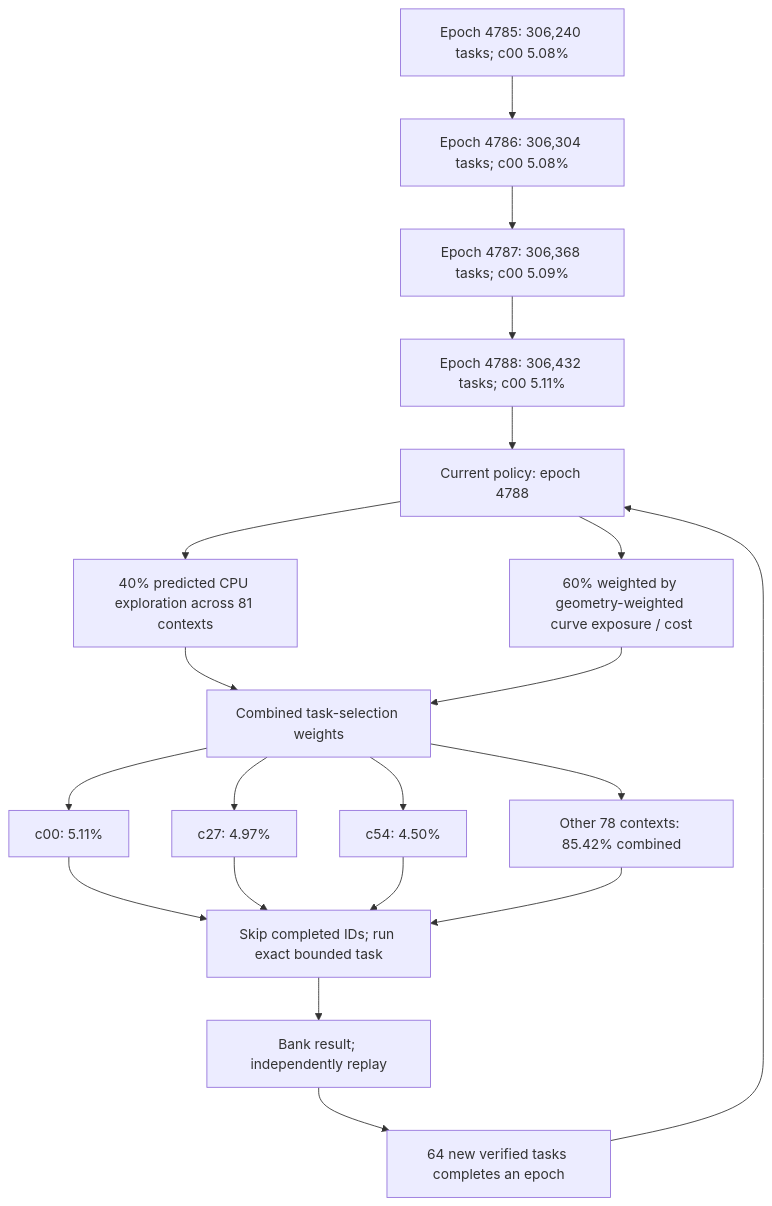
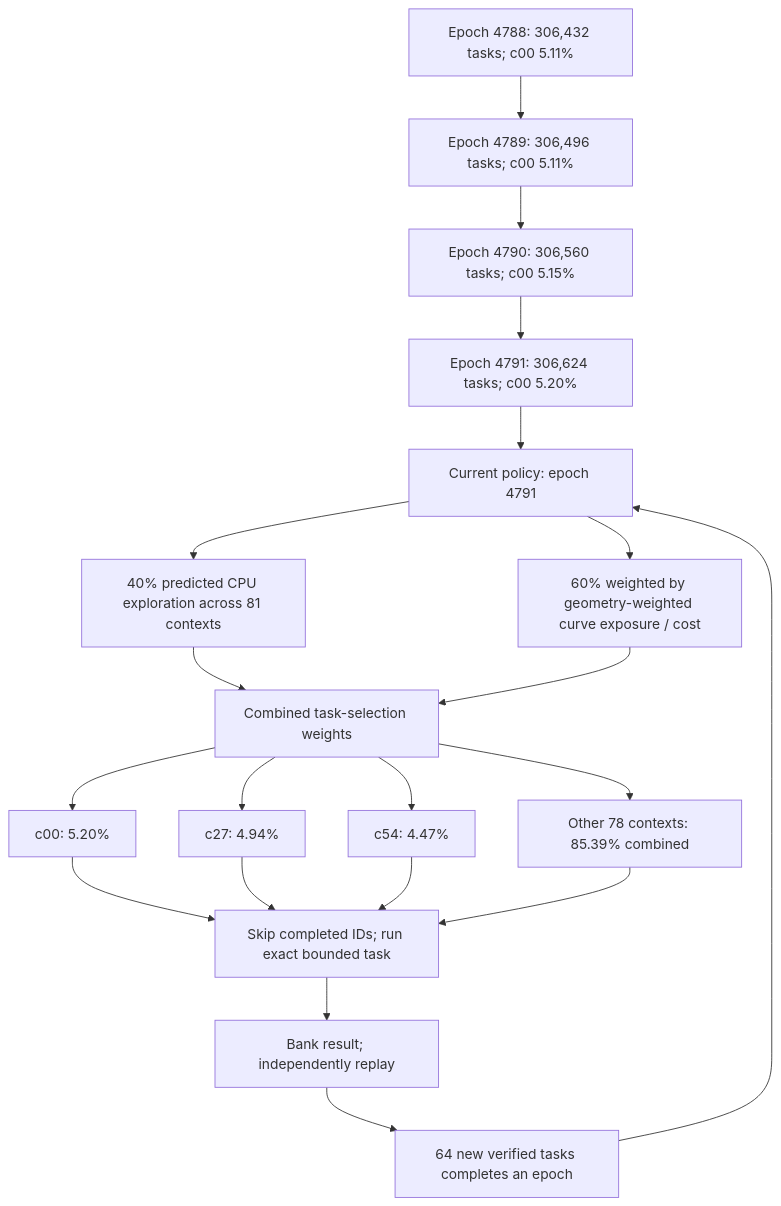
One commit to Kuberwastaken/math-gambling changed the first of 3 diagrams in README.md. Above: the diagram before and after it, drawn with Mermaid. The commit also changed other lines of this file and 408 other files, not shown here.

````diff
--- a/README.md
+++ b/README.md
@@ -60,27 +60,27 @@
 ```mermaid
 flowchart TD
-    H0["Epoch 4785: 306,240 tasks; c00 5.08%"]
-    H1["Epoch 4786: 306,304 tasks; c00 5.08%"]
+    H0["Epoch 4788: 306,432 tasks; c00 5.11%"]
+    H1["Epoch 4789: 306,496 tasks; c00 5.11%"]
     H0 --> H1
-    H2["Epoch 4787: 306,368 tasks; c00 5.09%"]
+    H2["Epoch 4790: 306,560 tasks; c00 5.15%"]
     H1 --> H2
-    H3["Epoch 4788: 306,432 tasks; c00 5.11%"]
+    H3["Epoch 4791: 306,624 tasks; c00 5.20%"]
     H2 --> H3
-    Policy["Current policy: epoch 4788"]
+    Policy["Current policy: epoch 4791"]
     H3 --> Policy
     Policy --> Explore["40% predicted CPU exploration across 81 contexts"]
     Policy --> Cost["60% weighted by geometry-weighted curve exposure / cost"]
     Explore --> Mix["Combined task-selection weights"]
     Cost --> Mix
-    Mix --> C0["c00: 5.11%"]
-    Mix --> C1["c27: 4.97%"]
-    Mix --> C2["c54: 4.50%"]
-    Mix --> Rest["Other 78 contexts: 85.42% combined"]
+    Mix --> C0["c00: 5.20%"]
+    Mix --> C1["c27: 4.94%"]
+    Mix --> C2["c54: 4.47%"]
+    Mix --> Rest["Other 78 contexts: 85.39% combined"]
     C0 --> Check["Skip completed IDs; run exact bounded task"]
     C1 --> Check
     C2 --> Check
     Rest --> Check
     Check --> Replay["Bank result; independently replay"]
     Replay --> Gate["64 new verified tasks completes an epoch"]
     Gate --> Policy
 ```
````
